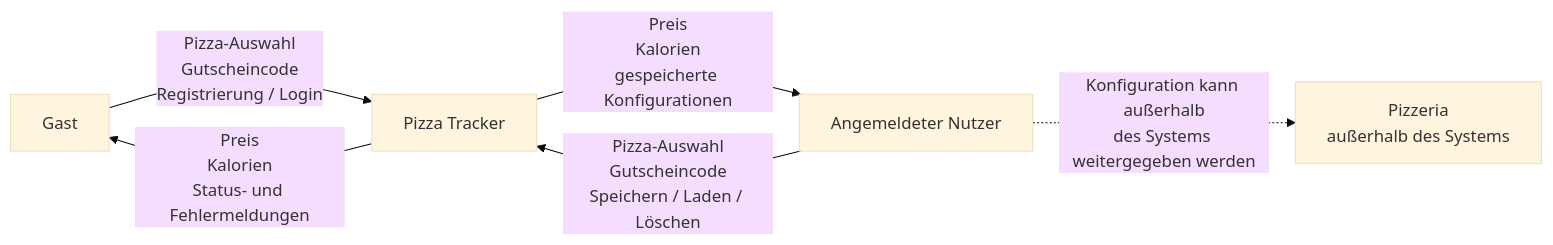
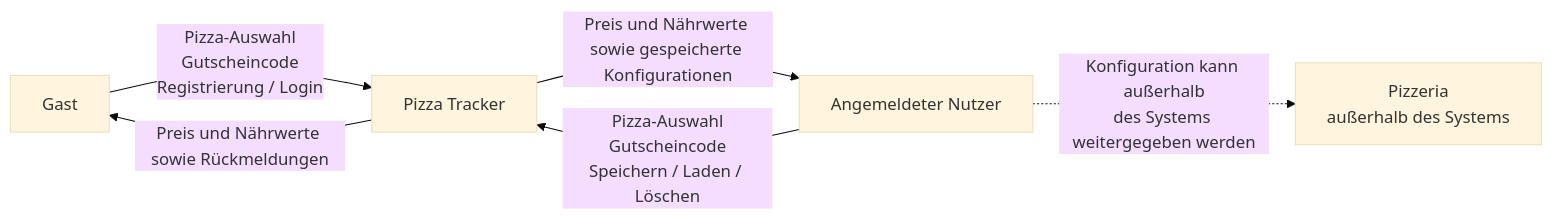
One commit to Familienmann89/Pizza-Tracker- changed the first of 2 diagrams in docs/arch/A03-kontext-und-abgrenzung.md. Above: the diagram before and after it, drawn with Mermaid (base theme). The commit also changed other lines of this file, not shown here.

````diff
--- a/docs/arch/A03-kontext-und-abgrenzung.md
+++ b/docs/arch/A03-kontext-und-abgrenzung.md
@@ -28,15 +30,15 @@
 ```mermaid
 flowchart LR
     Gast["Gast"]
     Nutzer["Angemeldeter Nutzer"]
     PT["Pizza Tracker"]
     Pizzeria["Pizzeria\naußerhalb des Systems"]
 
     Gast -->|"Pizza-Auswahl\nGutscheincode\nRegistrierung / Login"| PT
-    PT -->|"Preis\nKalorien\nStatus- und Fehlermeldungen"| Gast
+    PT -->|"Preis und Nährwerte sowie Rückmeldungen"| Gast
 
     Nutzer -->|"Pizza-Auswahl\nGutscheincode\nSpeichern / Laden / Löschen"| PT
-    PT -->|"Preis\nKalorien\ngespeicherte Konfigurationen"| Nutzer
+    PT -->|"Preis und Nährwerte sowie gespeicherte Konfigurationen"| Nutzer
 
     Nutzer -.->|"Konfiguration kann außerhalb\ndes Systems weitergegeben werden"| Pizzeria
 ```
````
